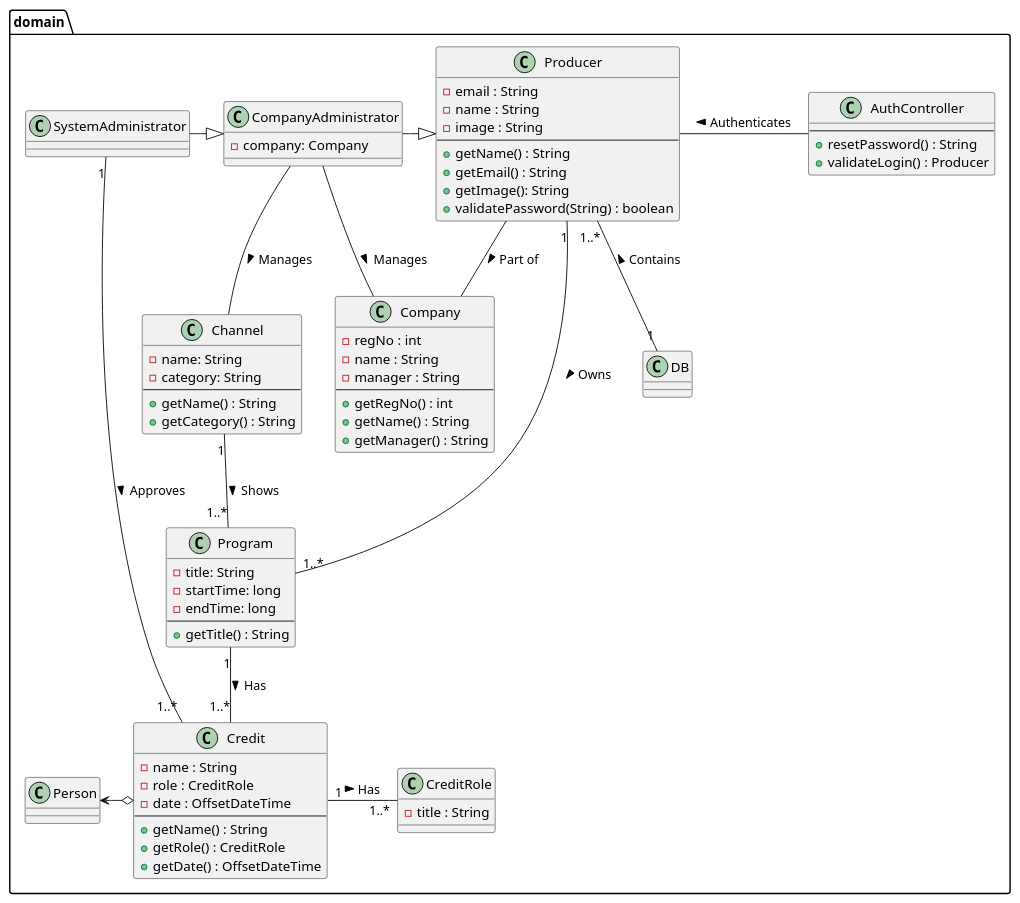
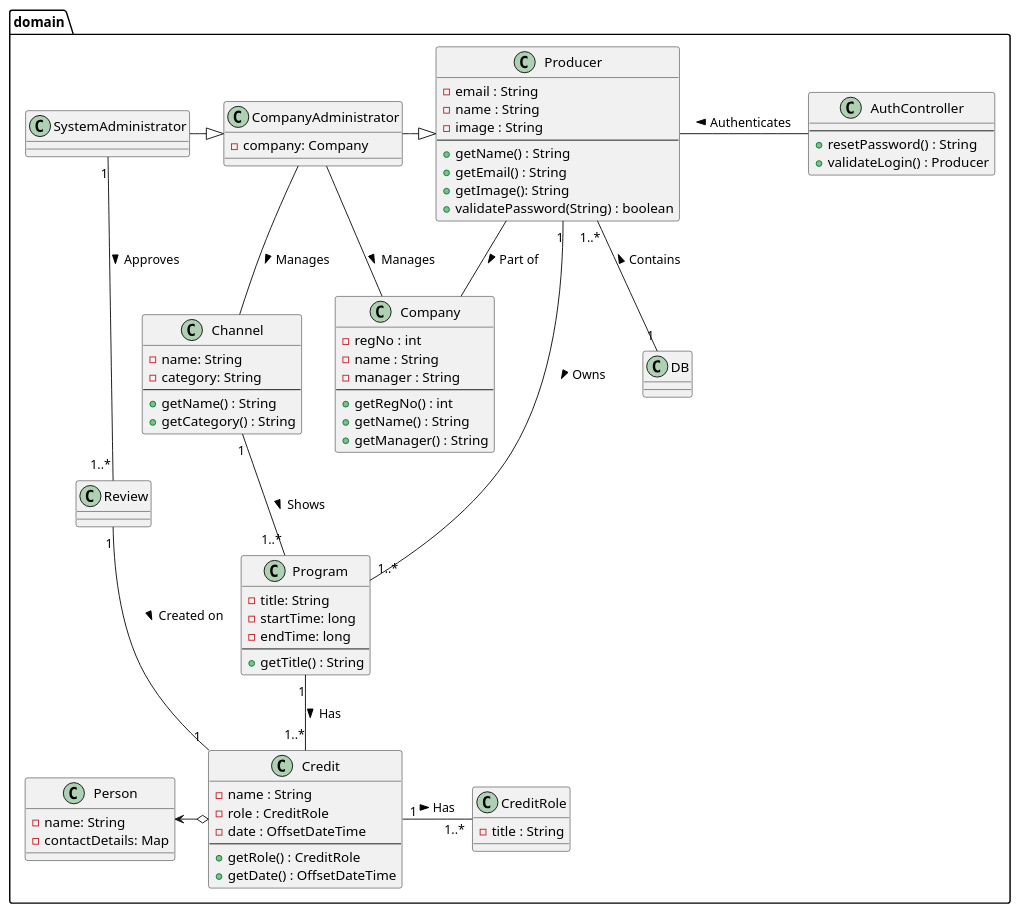
Before and after one commit to amatzen/SE02-SE-G02-SPRO: the diagram in uml/class_diagrams/domain_model/domain_model.puml, drawn with PlantUML. The commit also changed 1 other file, not shown here.

Commit message:
Updated diagram

```diff
--- a/uml/class_diagrams/domain_model/domain_model.puml
+++ b/uml/class_diagrams/domain_model/domain_model.puml
@@ -1,101 +1,107 @@
 @startuml
 'https://plantuml.com/class-diagram
 
 package "domain" {
     'Personer her
     class Producer {
         - email : String
         - name : String
         - image : String
         --
         + getName() : String
         + getEmail() : String
         + getImage(): String
         + validatePassword(String) : boolean
     }
 
     class CompanyAdministrator {
         - company: Company
     }
 
     class SystemAdministrator {
     }
 
     'Naeste
     class Company {
         - regNo : int
         - name : String
         - manager : String
         --
         + getRegNo() : int
         + getName() : String
         + getManager() : String
     }
 
     class Channel {
         - name: String
         - category: String
         --
         + getName() : String
         + getCategory() : String
     }
 
     class Program {
         - title: String
         -startTime: long
         -endTime: long
         --
         + getTitle() : String
     }
 
     class CreditRole {
         - title : String
     }
 
 
     class Credit {
         - name : String
         - role : CreditRole
         - date : OffsetDateTime
         --
-        + getName() : String
         + getRole() : CreditRole
         + getDate() : OffsetDateTime
+    }
+
+    class Review {
+
     }
 
     'Controller
     class AuthController {
         --
         + resetPassword() : String
         + validateLogin() : Producer
     }
 
     'Statics
     class DB {
     }
 
     class Person {
+        -name: String
+        -contactDetails: Map
     }
 }
 
-SystemAdministrator "1" -- "1..*" Credit : "Approves >"
+SystemAdministrator "1" -- "1..*" Review : "Approves >"
+Review "1" -- "1" Credit : "Created on >"
 SystemAdministrator -|> CompanyAdministrator
 
 CompanyAdministrator -|> Producer
 CompanyAdministrator -- Company : "Manages >"
 CompanyAdministrator -- Channel : "Manages >"
 
 Producer "1" -- "1..*" Program : "Owns >"
 Producer - AuthController : "Authenticates <"
 Producer -- Company : "Part of >"
 Producer "1..*" -- "1" DB : "Contains <"
 
 Channel "1" -- "1..*" Program : "Shows >"
 
 Credit "1" - "1..*" CreditRole : "Has >"
 
 Program "1" -- "1..*" Credit : "Has >"
 
 Person <-o Credit
 
 @enduml
```
